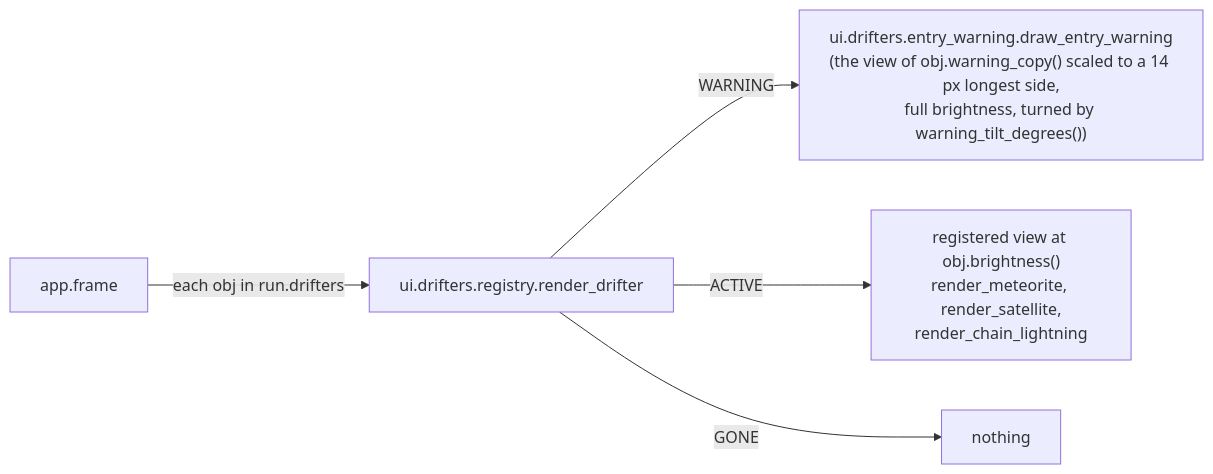
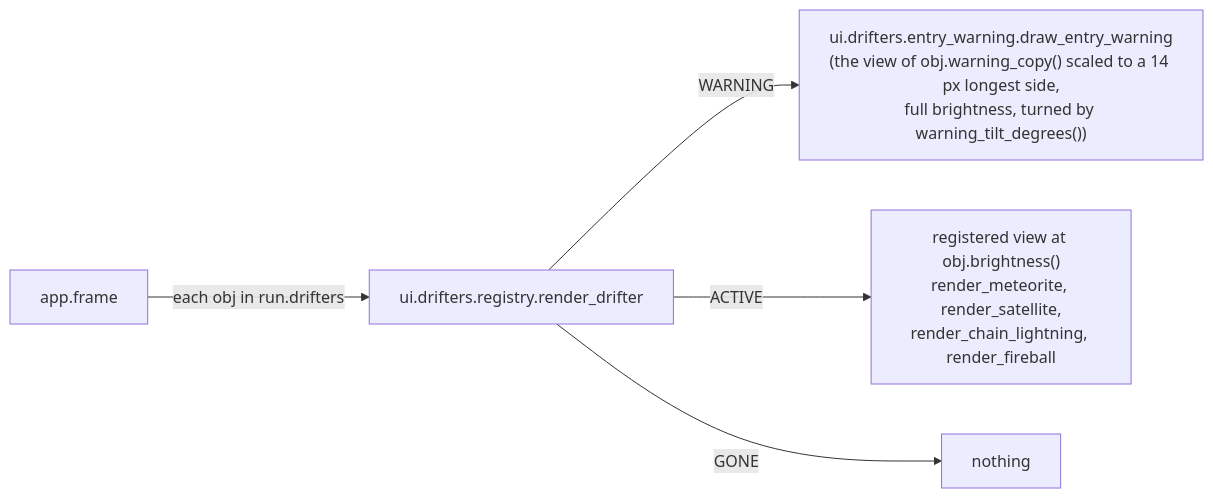
One commit to david-mntl/driftward-ace changed the sixth of 6 diagrams in docs/contracts/systems/drifters.md. Above: the diagram before and after it, drawn with Mermaid. The commit also changed other lines of this file and 7 other files, not shown here.

Commit message:
docs(contracts): add fireball spec, tuning schema and DRA-56 tasks, allow spawn rows with no position

````diff
--- a/docs/contracts/systems/drifters.md
+++ b/docs/contracts/systems/drifters.md
@@ -190,7 +233,7 @@
 ```mermaid
 flowchart LR
   APP["app.frame"] -- "each obj in run.drifters" --> R["ui.drifters.registry.render_drifter"]
   R -- "WARNING" --> W["ui.drifters.entry_warning.draw_entry_warning<br/>(the view of obj.warning_copy() scaled to a 14 px longest side,<br/>full brightness, turned by warning_tilt_degrees())"]
-  R -- "ACTIVE" --> V["registered view at obj.brightness()<br/>render_meteorite, render_satellite,<br/>render_chain_lightning"]
+  R -- "ACTIVE" --> V["registered view at obj.brightness()<br/>render_meteorite, render_satellite,<br/>render_chain_lightning, render_fireball"]
   R -- "GONE" --> N["nothing"]
 ```
````
